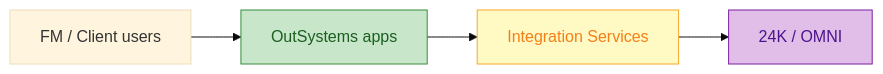
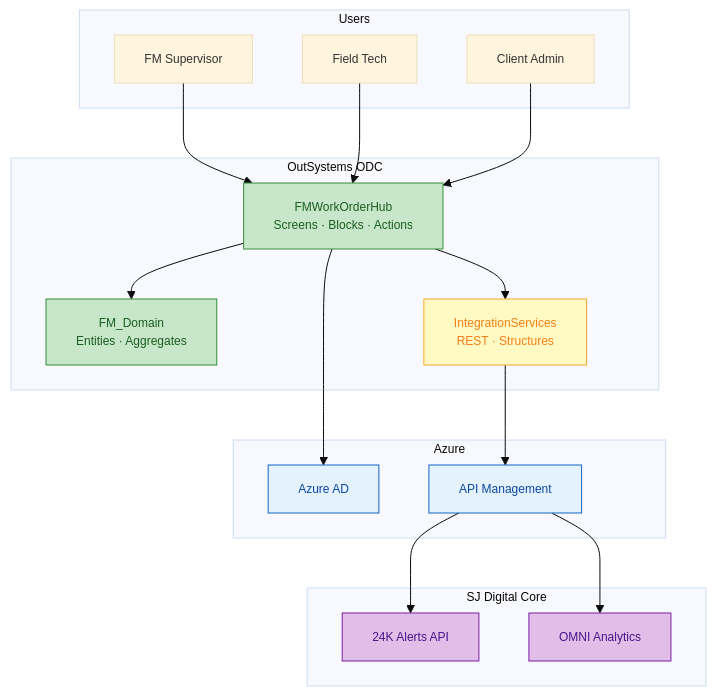
The diagram in README.md (willtran112358/fm-work-order-hub-outsystems), drawn with Mermaid before and after one commit. The commit also changed other lines of this file and 42 other files, not shown here.

First line of the commit message:
Transform repo into FM Work Order Hub solution delivery package.

````diff
--- a/README.md
+++ b/README.md
@@ -92,11 +33,39 @@
 ```mermaid
-%%{init: {'theme': 'base'}}%%
-flowchart LR
+%%{init: {'theme': 'base', 'themeVariables': {'fontSize': '12px'}}}%%
+flowchart TB
     classDef ux fill:#c8e6c9,stroke:#388e3c,color:#1b5e20
     classDef int fill:#fff9c4,stroke:#f9a825,color:#f57f17
     classDef core fill:#e1bee7,stroke:#7b1fa2,color:#4a148c
+    classDef cloud fill:#e3f2fd,stroke:#1565c0,color:#0d47a1
 
-    Users["FM / Client users"] --> OSE["OutSystems apps"]:::ux
-    OSE --> INT["Integration Services"]:::int
-    INT --> K24["24K / OMNI"]:::core
+    subgraph users["Users"]
+        U1["FM Supervisor"]
+        U2["Field Tech"]
+        U3["Client Admin"]
+    end
+
+    subgraph ose["OutSystems ODC"]
+        WO["FMWorkOrderHub<br/>Screens · Blocks · Actions"]:::ux
+        DOM["FM_Domain<br/>Entities · Aggregates"]:::ux
+        INT["IntegrationServices<br/>REST · Structures"]:::int
+    end
+
+    subgraph sj["SJ Digital Core"]
+        K24["24K Alerts API"]:::core
+        OMNI["OMNI Analytics"]:::core
+    end
+
+    subgraph azure["Azure"]
+        AD["Azure AD"]:::cloud
+        APIM["API Management"]:::cloud
+    end
+
+    U1 --> WO
+    U2 --> WO
+    U3 --> WO
+    WO --> DOM
+    WO --> INT
+    INT --> APIM --> K24
+    APIM --> OMNI
+    WO --> AD
 ```
````
